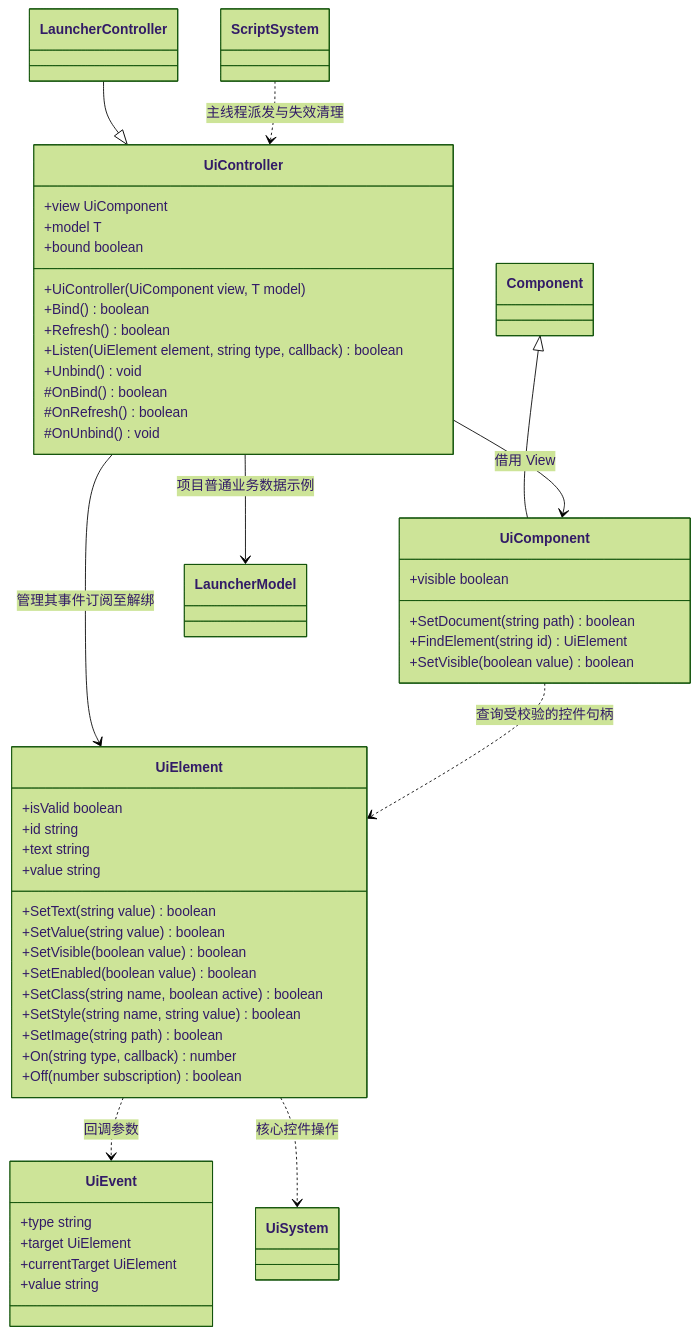
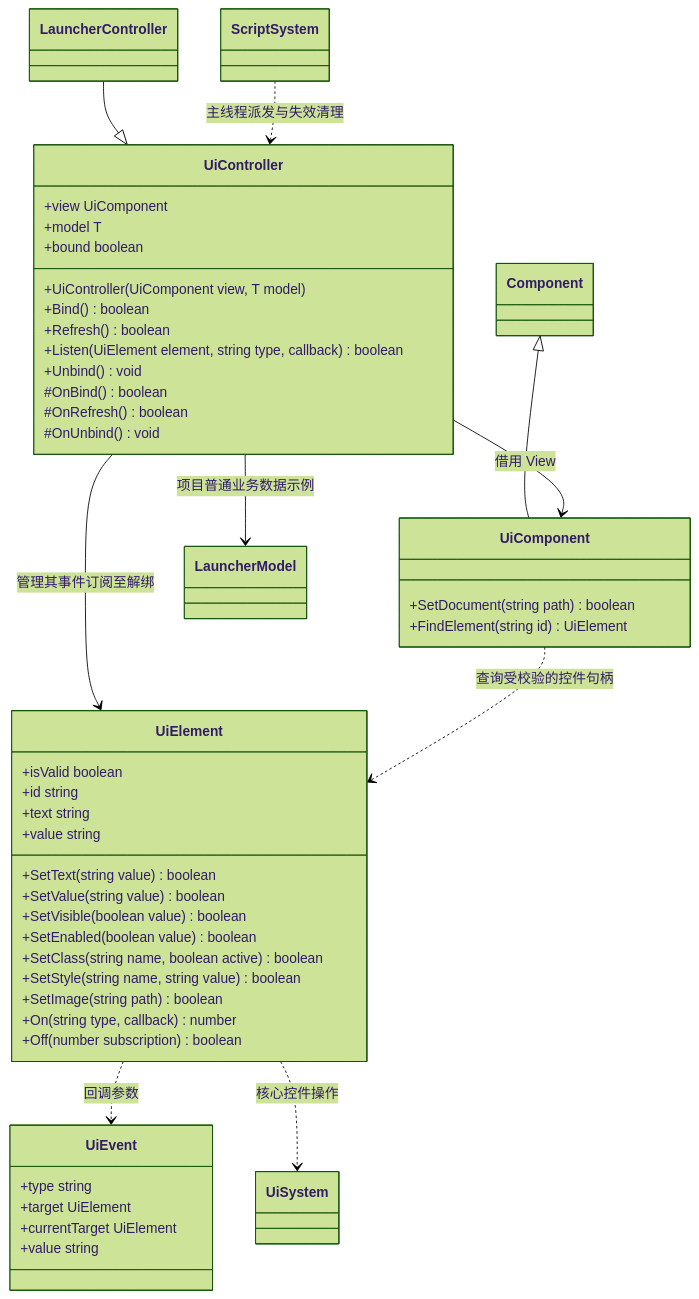
One commit to lcals/Engine changed the diagram in docs/plugins/runtime/class-diagrams/ui-script-api.md. Above: the diagram before and after it, drawn with Mermaid (forest theme). The commit also changed other lines of this file and 195 other files, not shown here.

````diff
--- a/docs/plugins/runtime/class-diagrams/ui-script-api.md
+++ b/docs/plugins/runtime/class-diagrams/ui-script-api.md
@@ -9,52 +9,50 @@
 ```mermaid
 classDiagram
     class UiController {
         +UiController(UiComponent view, T model)
         +view UiComponent
         +model T
         +bound boolean
         +Bind() boolean
         +Refresh() boolean
         +Listen(UiElement element, string type, callback) boolean
         +Unbind() void
         #OnBind() boolean
         #OnRefresh() boolean
         #OnUnbind() void
     }
     class UiComponent {
         +SetDocument(string path) boolean
         +FindElement(string id) UiElement
-        +SetVisible(boolean value) boolean
-        +visible boolean
     }
     class UiElement {
         +isValid boolean
         +id string
         +text string
         +value string
         +SetText(string value) boolean
         +SetValue(string value) boolean
         +SetVisible(boolean value) boolean
         +SetEnabled(boolean value) boolean
         +SetClass(string name, boolean active) boolean
         +SetStyle(string name, string value) boolean
         +SetImage(string path) boolean
         +On(string type, callback) number
         +Off(number subscription) boolean
     }
     class UiEvent {
         +type string
         +target UiElement
         +currentTarget UiElement
         +value string
     }
     Component <|-- UiComponent
     LauncherController --|> UiController
     UiController --> LauncherModel : 项目普通业务数据示例
     UiController --> UiComponent : 借用 View
     UiController --> UiElement : 管理其事件订阅至解绑
     UiComponent ..> UiElement : 查询受校验的控件句柄
     UiElement ..> UiEvent : 回调参数
     UiElement ..> UiSystem : 核心控件操作
     ScriptSystem ..> UiController : 主线程派发与失效清理
 ```
````
